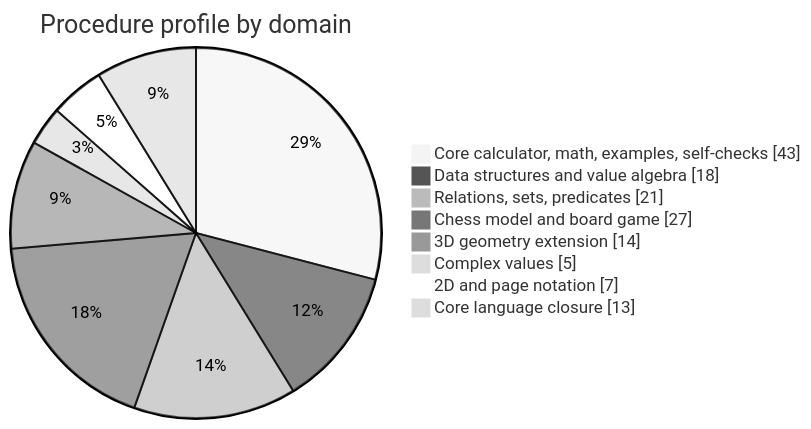
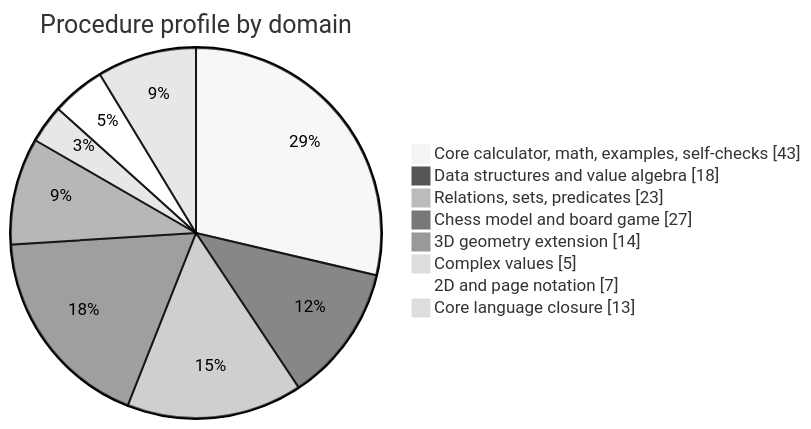
One commit to Olegie/PlankaC changed the first of 6 diagrams in docs/infographic.md. Above: the diagram before and after it, drawn with Mermaid (neutral theme). The commit also changed other lines of this file and 54 other files, not shown here.

````diff
--- a/docs/infographic.md
+++ b/docs/infographic.md
@@ -22,12 +22,12 @@
 ```mermaid
 pie showData
     title Procedure profile by domain
     "Core calculator, math, examples, self-checks" : 43
     "Data structures and value algebra" : 18
-    "Relations, sets, predicates" : 21
+    "Relations, sets, predicates" : 23
     "Chess model and board game" : 27
     "3D geometry extension" : 14
     "Complex values" : 5
     "2D and page notation" : 7
     "Core language closure" : 13
 ```
````
